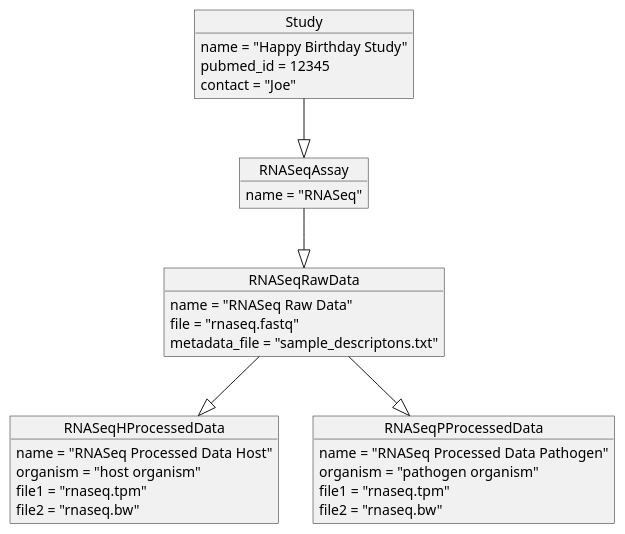
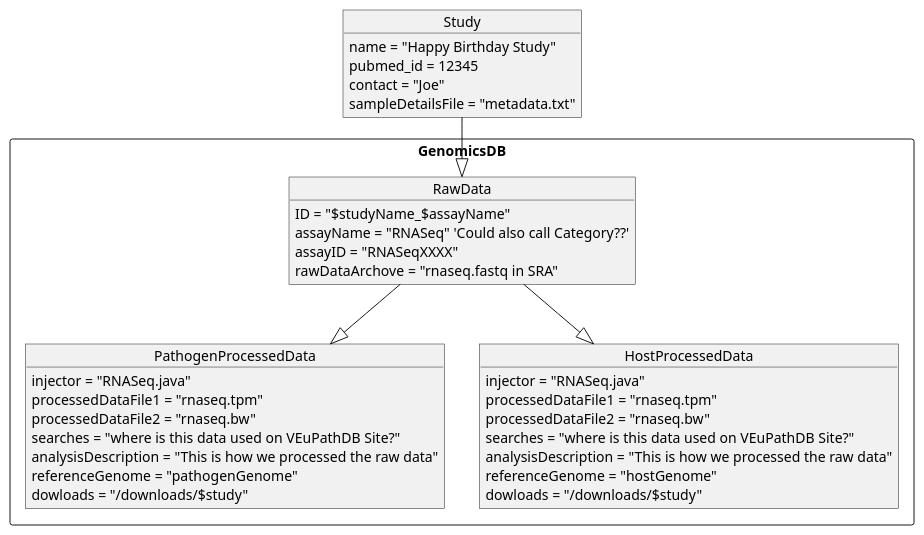
One commit to jbrestel/org-docs changed the third of 9 diagrams in project_planning/projectPages.org. Above: the diagram before and after it, drawn with PlantUML. The commit also changed other lines of this file and 7 other files, not shown here.

```diff
--- a/project_planning/projectPages.org
+++ b/project_planning/projectPages.org
@@ -90,33 +96,40 @@
 #+begin_src plantuml :file images/host_pathogen_assays_uml.png :exports both
-  object Study {
-          name = "Happy Birthday Study"
-          pubmed_id = 12345
-              contact = "Joe"
-  }
-  object RNASeqAssay {
-          name = "RNASeq"
-  }
+object Study {
+        name = "Happy Birthday Study"
+        pubmed_id = 12345
+        contact = "Joe"
+        sampleDetailsFile = "metadata.txt"
+}
+rectangle GenomicsDB {
+        object RawData {
+                ID = "$studyName_$assayName"
+                assayName = "RNASeq" 'Could also call Category??'
+                assayID = "RNASeqXXXX"
+                rawDataArchove = "rnaseq.fastq in SRA"
+        }
+        object PathogenProcessedData {
+                injector = "RNASeq.java"
+                processedDataFile1 = "rnaseq.tpm"
+                processedDataFile2 = "rnaseq.bw"
+                searches = "where is this data used on VEuPathDB Site?"
+                analysisDescription = "This is how we processed the raw data"
+                referenceGenome = "pathogenGenome"
+                dowloads = "/downloads/$study"
+        }
 
-  object RNASeqRawData {
-          name = "RNASeq Raw Data"
-          file = "rnaseq.fastq"
-	      metadata_file = "sample_descriptons.txt"
-  }
-  object RNASeqHProcessedData {
-          name = "RNASeq Processed Data Host"
-          organism = "host organism"
-          file1 = "rnaseq.tpm"
-          file2 = "rnaseq.bw"
-  }
-  object RNASeqPProcessedData {
-          name = "RNASeq Processed Data Pathogen"
-          organism = "pathogen organism"
-          file1 = "rnaseq.tpm"
-          file2 = "rnaseq.bw"
-  }
+        object HostProcessedData {
+                injector = "RNASeq.java"
+                processedDataFile1 = "rnaseq.tpm"
+                processedDataFile2 = "rnaseq.bw"
+                searches = "where is this data used on VEuPathDB Site?"
+                analysisDescription = "This is how we processed the raw data"
+                referenceGenome = "hostGenome"
+                dowloads = "/downloads/$study"
+        }
 
-  Study --|> RNASeqAssay
-  RNASeqAssay --|> RNASeqRawData
-  RNASeqRawData --|> RNASeqPProcessedData
-  RNASeqRawData --|> RNASeqHProcessedData
+    }
+
+  Study --|> RawData
+RawData --|> PathogenProcessedData
+RawData --|> HostProcessedData
   #+end_src
```
